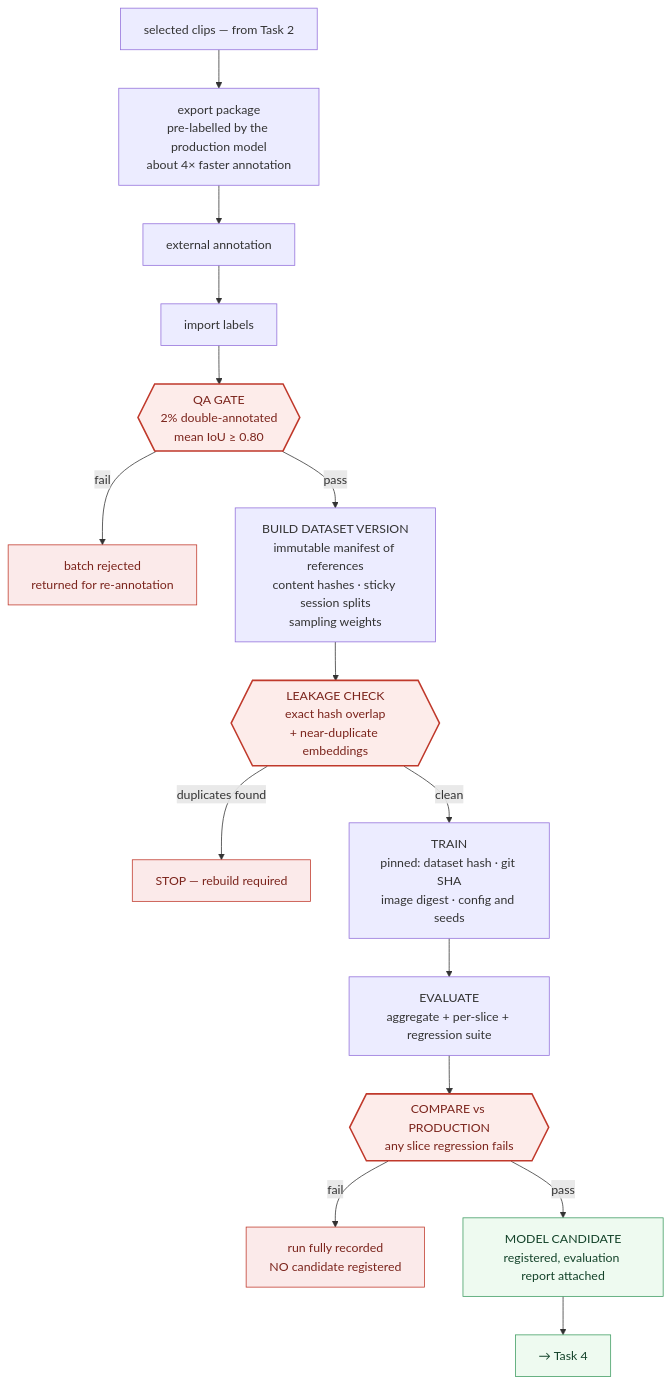
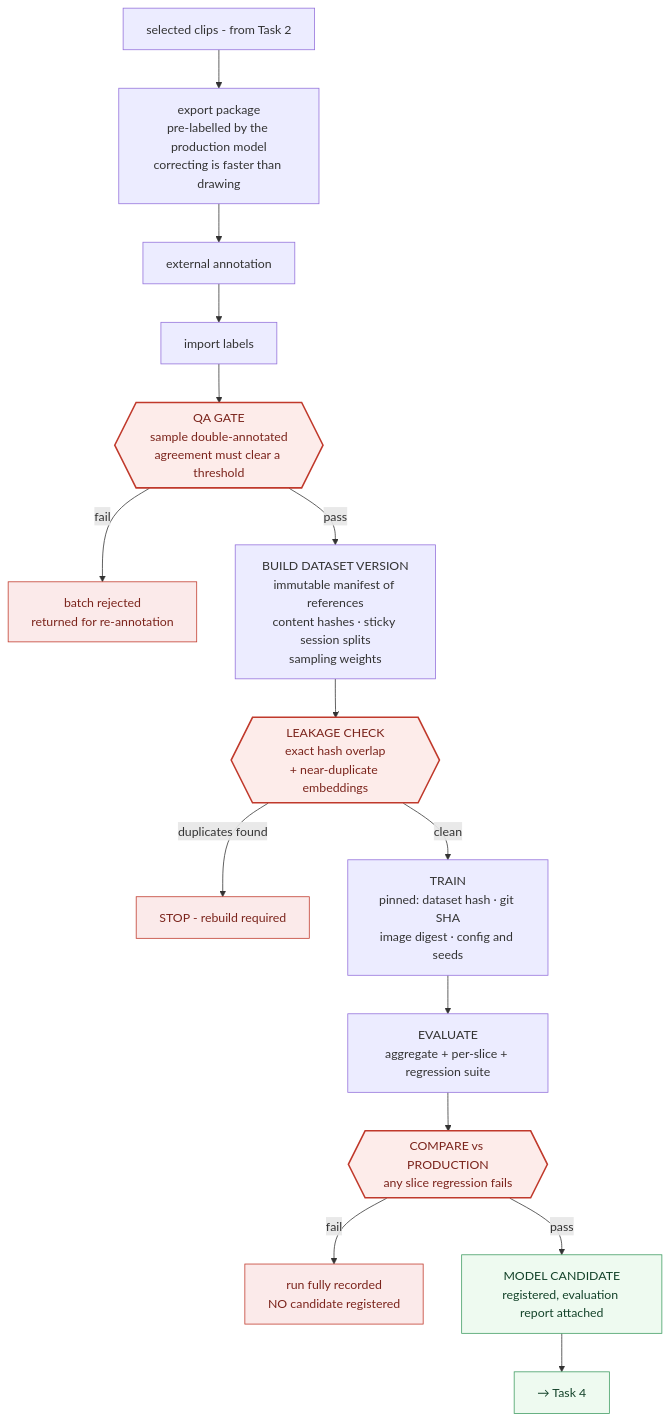
One commit to nakshatravyas/zensomy-data-flywheel changed the sixth of 8 diagrams in .site/docs/technical-design.md. Above: the diagram before and after it, drawn with Mermaid. The commit also changed other lines of this file and 9 other files, not shown here.

````diff
--- a/.site/docs/technical-design.md
+++ b/.site/docs/technical-design.md
@@ -276,33 +272,33 @@
 ```mermaid
 graph TB
-    SEL["selected clips — from Task 2"]
-    EXP["export package<br/>pre-labelled by the production model<br/>about 4× faster annotation"]
+    SEL["selected clips - from Task 2"]
+    EXP["export package<br/>pre-labelled by the production model<br/>correcting is faster than drawing"]
     EXT["external annotation"]
     IMP["import labels"]
-    QA{{"QA GATE<br/>2% double-annotated<br/>mean IoU ≥ 0.80"}}
+    QA{{"QA GATE<br/>sample double-annotated<br/>agreement must clear a threshold"}}
     REJ["batch rejected<br/>returned for re-annotation"]
     BUILD["BUILD DATASET VERSION<br/>immutable manifest of references<br/>content hashes · sticky session splits<br/>sampling weights"]
     LEAK{{"LEAKAGE CHECK<br/>exact hash overlap<br/>+ near-duplicate embeddings"}}
-    STOP["STOP — rebuild required"]
+    STOP["STOP - rebuild required"]
     TRAIN["TRAIN<br/>pinned: dataset hash · git SHA<br/>image digest · config and seeds"]
     EV["EVALUATE<br/>aggregate + per-slice + regression suite"]
     CMP{{"COMPARE vs PRODUCTION<br/>any slice regression fails"}}
     NOCAND["run fully recorded<br/>NO candidate registered"]
     CAND["MODEL CANDIDATE<br/>registered, evaluation report attached"]
     T4["→ Task 4"]
 
     SEL --> EXP --> EXT --> IMP --> QA
     QA -->|"fail"| REJ
     QA -->|"pass"| BUILD --> LEAK
     LEAK -->|"duplicates found"| STOP
     LEAK -->|"clean"| TRAIN --> EV --> CMP
     CMP -->|"fail"| NOCAND
     CMP -->|"pass"| CAND --> T4
 
     classDef gate fill:#fdecea,stroke:#c0392b,stroke-width:2px,color:#7b241c
     classDef bad fill:#fbeaea,stroke:#c0392b,color:#7b241c
     classDef good fill:#eefaf0,stroke:#3f9c62,color:#14432a
     class QA,LEAK,CMP gate
     class REJ,STOP,NOCAND bad
     class CAND,T4 good
 ```
````
